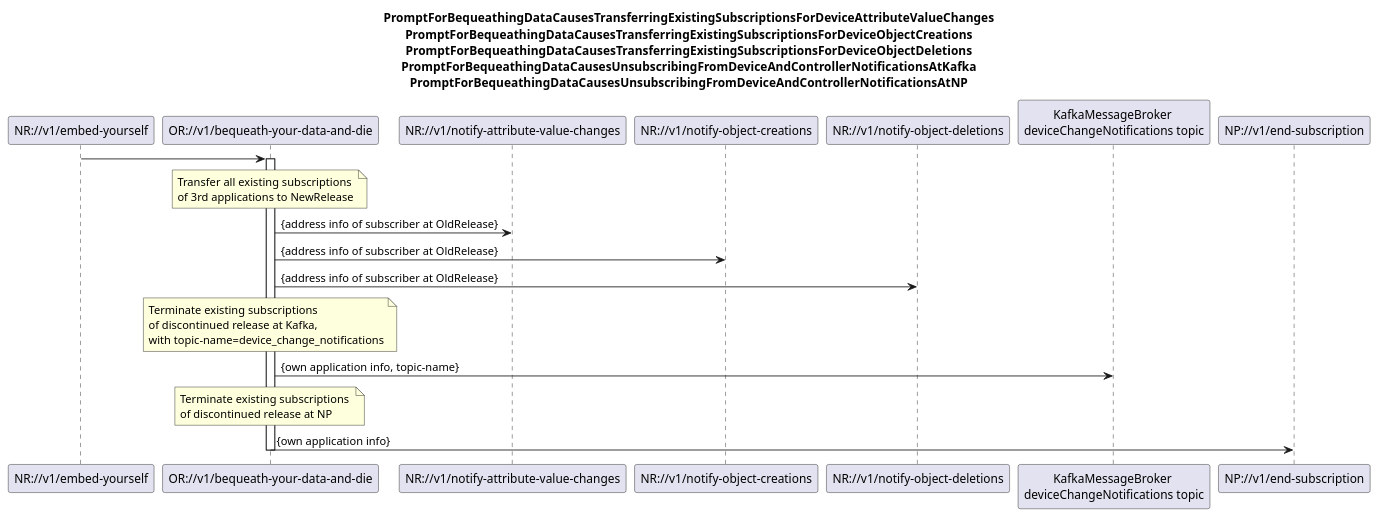
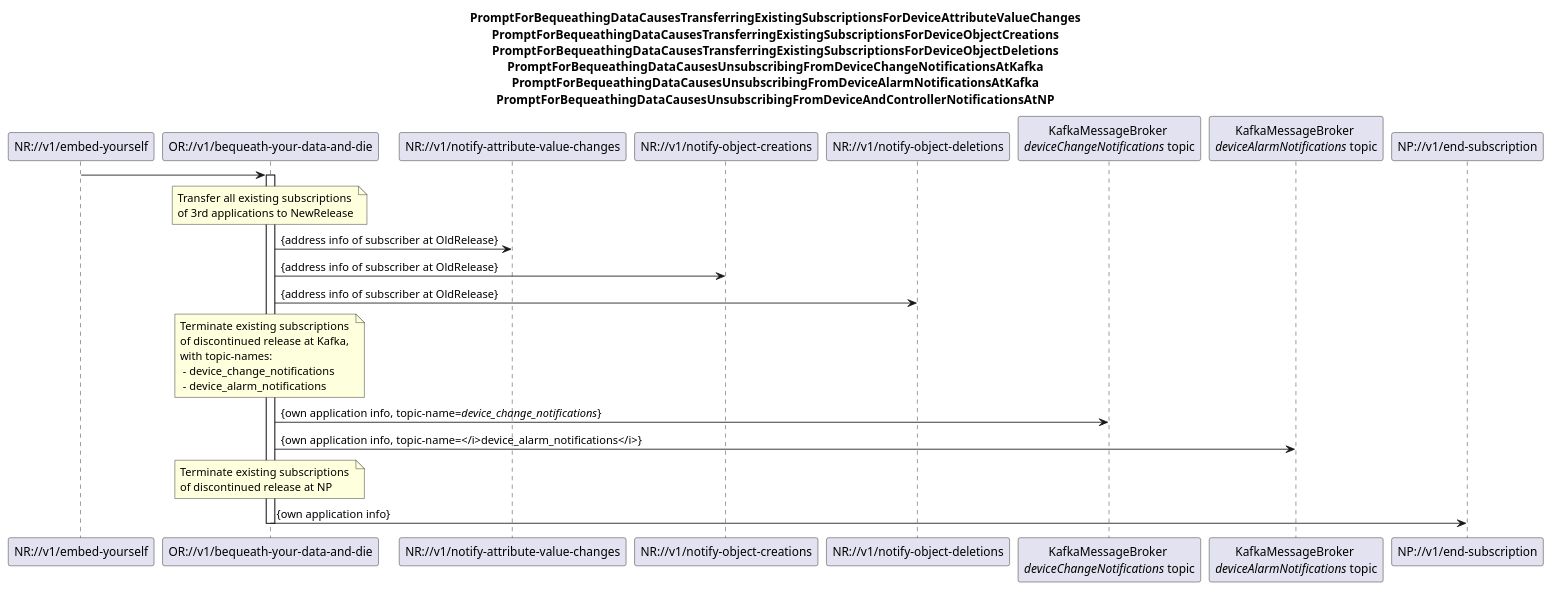
Before and after one commit to openBackhaul/MicroWaveDeviceInventory: the diagram in spec/diagrams/09x_BequeathYourDataAndDie.plantuml, drawn with PlantUML. The commit also changed 6 other files, not shown here.

Commit message:
diagrams updated

```diff
--- a/spec/diagrams/09x_BequeathYourDataAndDie.plantuml
+++ b/spec/diagrams/09x_BequeathYourDataAndDie.plantuml
@@ -1,47 +1,53 @@
 @startuml 09x_BequeathYourDataAndDie
 skinparam responseMessageBelowArrow true
 
 title
 PromptForBequeathingDataCausesTransferringExistingSubscriptionsForDeviceAttributeValueChanges
 PromptForBequeathingDataCausesTransferringExistingSubscriptionsForDeviceObjectCreations
 PromptForBequeathingDataCausesTransferringExistingSubscriptionsForDeviceObjectDeletions
-PromptForBequeathingDataCausesUnsubscribingFromDeviceAndControllerNotificationsAtKafka
+PromptForBequeathingDataCausesUnsubscribingFromDeviceChangeNotificationsAtKafka
+PromptForBequeathingDataCausesUnsubscribingFromDeviceAlarmNotificationsAtKafka
 PromptForBequeathingDataCausesUnsubscribingFromDeviceAndControllerNotificationsAtNP
 end title
 
 participant "NR://v1/embed-yourself" as NewRelease
 participant "OR://v1/bequeath-your-data-and-die" as OldRelease
 participant "NR://v1/notify-attribute-value-changes" as notifyAttributeChange
 participant "NR://v1/notify-object-creations" as notifyObjectCreation
 participant "NR://v1/notify-object-deletions" as notifyObjectDeletion
-participant "KafkaMessageBroker \ndeviceChangeNotifications topic" as endSubsriptionAtKafka
+participant "KafkaMessageBroker \n<i>deviceChangeNotifications</i> topic" as endSubsriptionAtKafkaDev
+participant "KafkaMessageBroker \n<i>deviceAlarmNotifications</i> topic" as endSubsriptionAtKafkaAlarm
 participant "NP://v1/end-subscription" as endSubsriptionAtNp
 
 NewRelease -> OldRelease
 activate OldRelease
 
 note over OldRelease
 Transfer all existing subscriptions 
 of 3rd applications to NewRelease
 end note
 OldRelease -> notifyAttributeChange: {address info of subscriber at OldRelease}
 OldRelease -> notifyObjectCreation: {address info of subscriber at OldRelease}
 OldRelease -> notifyObjectDeletion: {address info of subscriber at OldRelease}
 
 note over OldRelease
 Terminate existing subscriptions 
 of discontinued release at Kafka,
-with topic-name=device_change_notifications
+with topic-names:
+ - device_change_notifications
+ - device_alarm_notifications
 end note
-OldRelease -> endSubsriptionAtKafka: {own application info, topic-name}
+OldRelease -> endSubsriptionAtKafkaDev: {own application info, topic-name=<i>device_change_notifications</i>}
+OldRelease -> endSubsriptionAtKafkaAlarm: {own application info, topic-name=</i>device_alarm_notifications</i>}
+
 
 note over OldRelease
 Terminate existing subscriptions 
 of discontinued release at NP
 end note
 OldRelease -> endSubsriptionAtNp: {own application info}
 
 
 deactivate OldRelease
 
 @enduml
```
